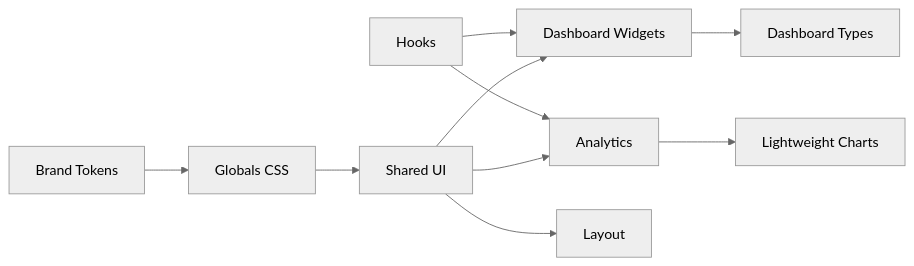
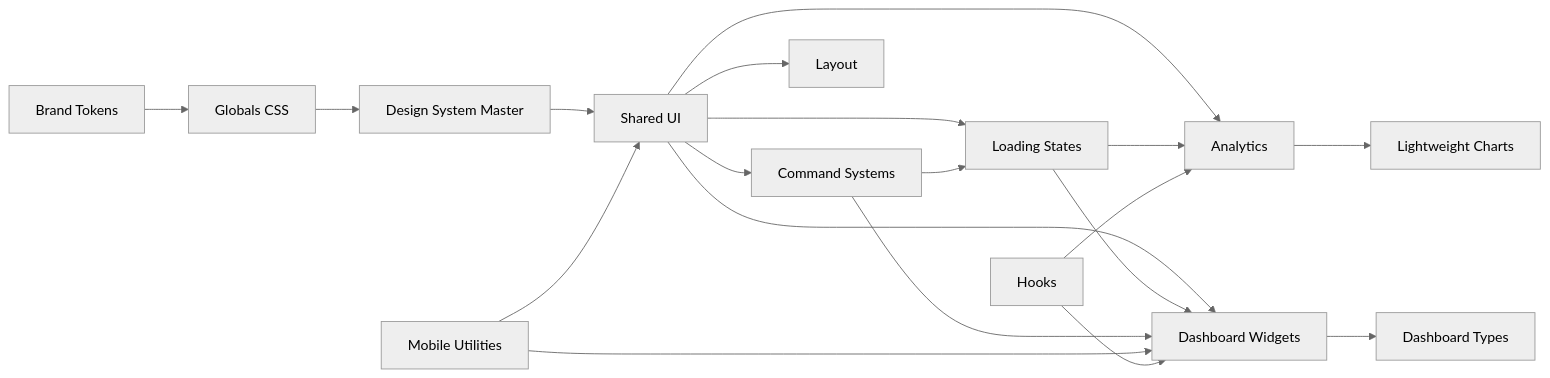
Before and after one commit to ecryptoguru/lyraalpha: the third of 3 diagrams in .qoder/repowiki/en/content/UI Components/UI Components.md, drawn with Mermaid (neutral theme). The commit also changed other lines of this file and 95 other files, not shown here.

````diff
--- a/.qoder/repowiki/en/content/UI Components/UI Components.md
+++ b/.qoder/repowiki/en/content/UI Components/UI Components.md
@@ -426,12 +508,21 @@
 ```mermaid
 graph LR
 BT["Brand Tokens"] --> GC["Globals CSS"]
-GC --> SH["Shared UI"]
+GC --> DS["Design System Master"]
+DS --> SH["Shared UI"]
+SH --> LS["Loading States"]
+SH --> CS["Command Systems"]
 SH --> DBW["Dashboard Widgets"]
 SH --> AN["Analytics"]
 SH --> LY["Layout"]
+LS --> DBW
+LS --> AN
+CS --> DBW
+CS --> LS
+MOBILE["Mobile Utilities"] --> SH
+MOBILE --> DBW
 DBW --> Types["Dashboard Types"]
 AN --> LC["Lightweight Charts"]
 HK["Hooks"] --> DBW
 HK --> AN
 ```
````
